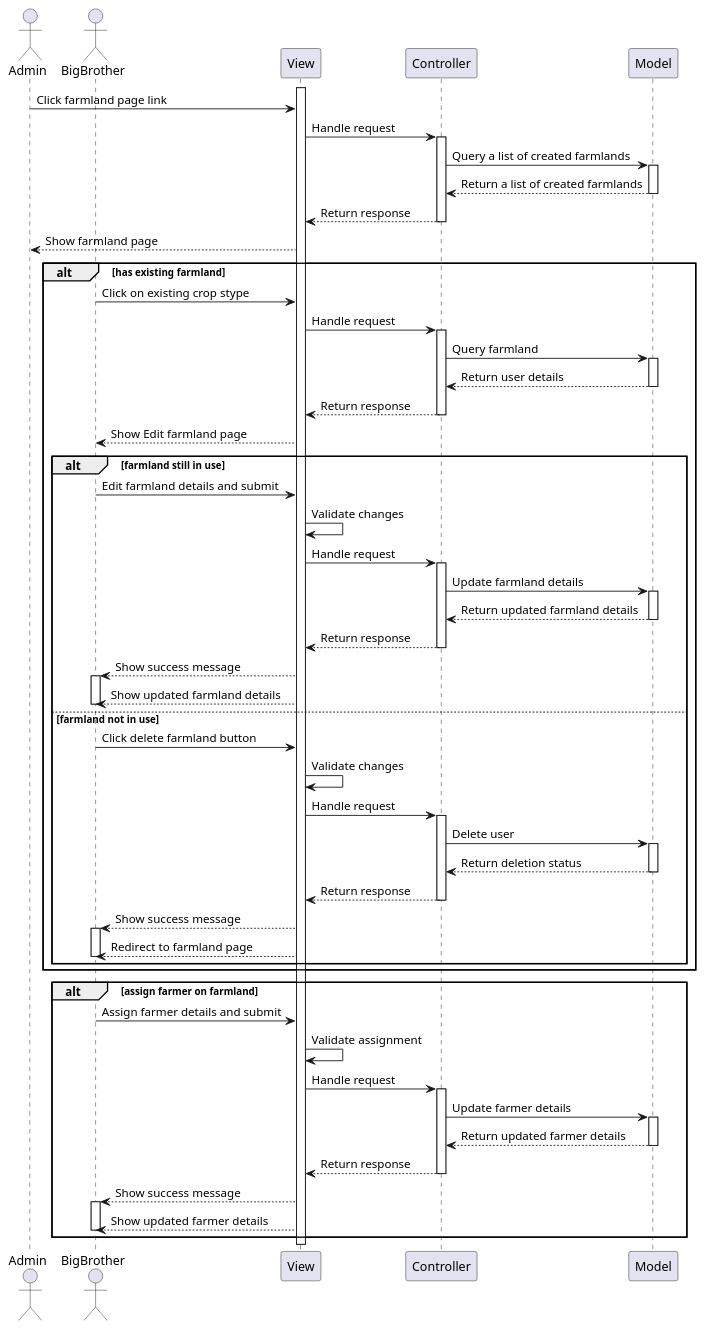
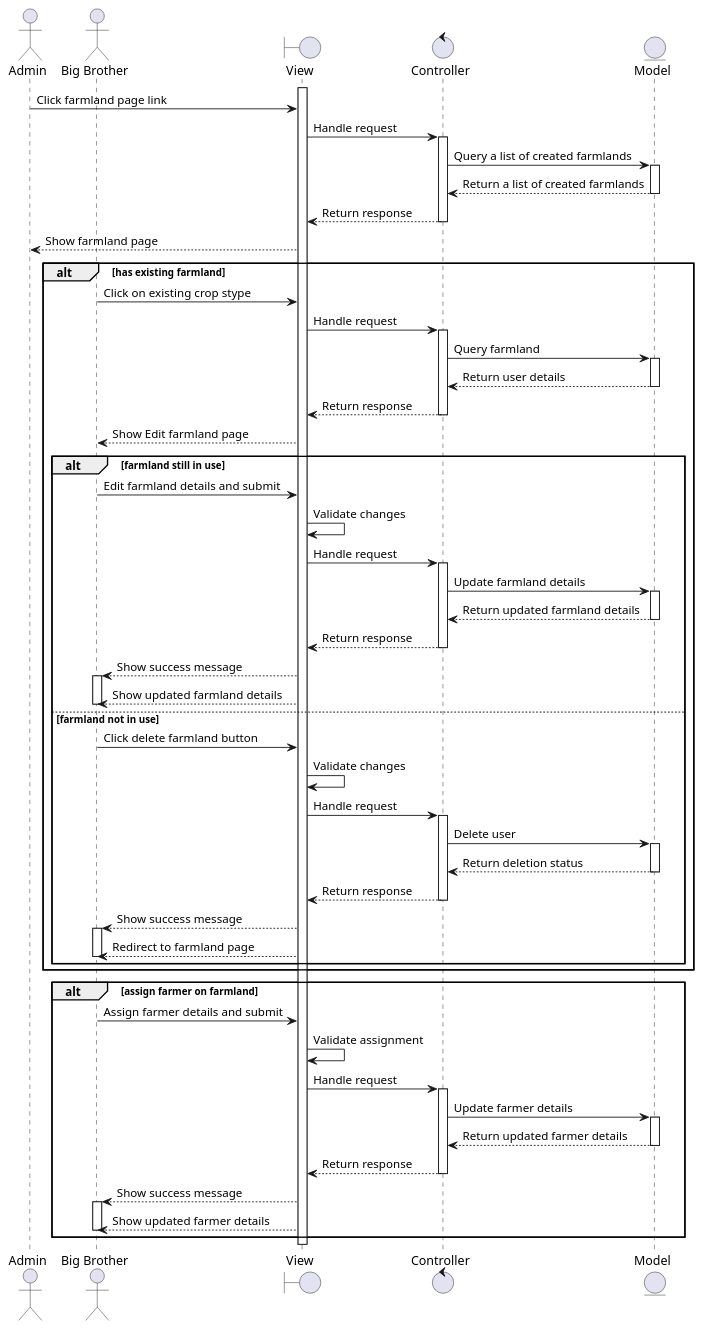
Before and after one commit to radical-doubting/anikultura-diagrams: the diagram in plantuml/proposed/sequence/manage-farmland.wsd, drawn with PlantUML. The commit also changed 14 other files, not shown here.

Commit message:
Standardized diagrams

```diff
--- a/plantuml/proposed/sequence/manage-farmland.wsd
+++ b/plantuml/proposed/sequence/manage-farmland.wsd
@@ -1,85 +1,85 @@
 @startuml
 
 actor Admin as admin
-actor BigBrother as bigbrother
-participant View as view
-participant Controller as controller
-participant Model as model
+actor "Big Brother" as bigbrother
+boundary View as view
+control Controller as controller
+entity Model as model
 
 activate view
 
 admin -> view : Click farmland page link
 
 view -> controller : Handle request
 activate controller
 
 controller -> model : Query a list of created farmlands
 activate model
 model --> controller : Return a list of created farmlands
 deactivate model
 controller --> view : Return response
 deactivate controller
 
 view --> admin : Show farmland page
 
 alt has existing farmland
 
     bigbrother -> view : Click on existing crop stype
     view -> controller : Handle request
     activate controller
     controller -> model : Query farmland
     activate model
     model --> controller : Return user details
     deactivate model
     controller --> view : Return response
     deactivate controller
     view --> bigbrother : Show Edit farmland page
     alt farmland still in use
         bigbrother -> view : Edit farmland details and submit
         view -> view : Validate changes
         view -> controller : Handle request
         activate controller
         controller -> model : Update farmland details
         activate model
         model --> controller : Return updated farmland details
         deactivate model
         controller --> view : Return response
         deactivate controller
         view --> bigbrother : Show success message
         activate bigbrother
         view --> bigbrother : Show updated farmland details
         deactivate bigbrother
     else farmland not in use
         bigbrother -> view : Click delete farmland button
         view -> view : Validate changes
         view -> controller : Handle request
         activate controller
         controller -> model : Delete user
         activate model
         model --> controller : Return deletion status
         deactivate model
         controller --> view : Return response
         deactivate controller
         view --> bigbrother : Show success message
         activate bigbrother
         view --> bigbrother : Redirect to farmland page
         deactivate bigbrother
     end
 end
 alt assign farmer on farmland
     bigbrother -> view : Assign farmer details and submit
     view -> view : Validate assignment
     view -> controller : Handle request
     activate controller
     controller -> model : Update farmer details
     activate model
     model --> controller : Return updated farmer details
     deactivate model
     controller --> view : Return response
     deactivate controller
     view --> bigbrother : Show success message
     activate bigbrother
     view --> bigbrother : Show updated farmer details
     deactivate bigbrother
 end
 @enduml
```
